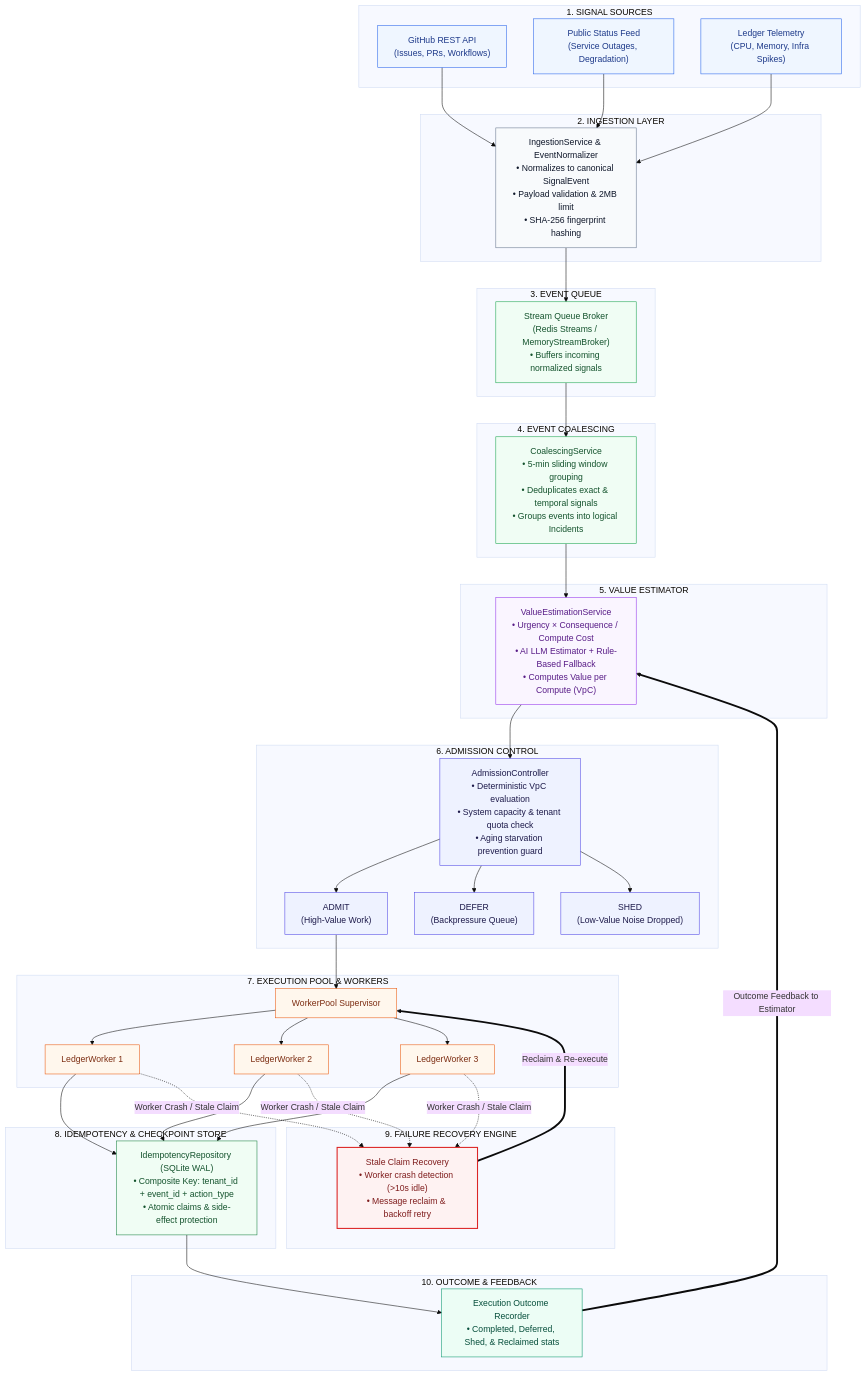
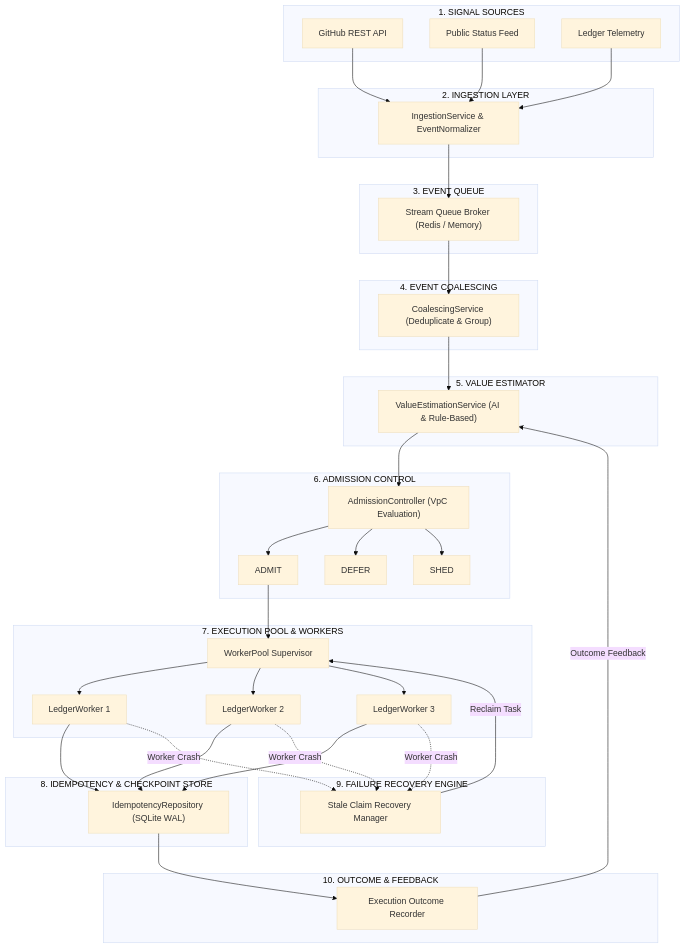
One commit to VivekGoudAdula/Ledger changed the diagram in README.md. Above: the diagram before and after it, drawn with Mermaid (base theme).

Commit message:
fix Mermaid diagram syntax for GitHub rendering

````diff
--- a/README.md
+++ b/README.md
@@ -124,58 +124,57 @@
 ```mermaid
 flowchart TD
-    subgraph SOURCES ["1. SIGNAL SOURCES"]
-        S1["GitHub REST API<br/>(Issues, PRs, Workflows)"]
-        S2["Public Status Feed<br/>(Service Outages, Degradation)"]
-        S3["Ledger Telemetry<br/>(CPU, Memory, Infra Spikes)"]
+    subgraph SOURCES["1. SIGNAL SOURCES"]
+        S1["GitHub REST API"]
+        S2["Public Status Feed"]
+        S3["Ledger Telemetry"]
     end
 
-    subgraph INGESTION ["2. INGESTION LAYER"]
-        ING["IngestionService & EventNormalizer<br/>• Normalizes to canonical SignalEvent<br/>• Payload validation & 2MB limit<br/>• SHA-256 fingerprint hashing"]
+    subgraph INGESTION["2. INGESTION LAYER"]
+        ING["IngestionService & EventNormalizer"]
     end
 
-    subgraph QUEUE ["3. EVENT QUEUE"]
-        EQ["Stream Queue Broker<br/>(Redis Streams / MemoryStreamBroker)<br/>• Buffers incoming normalized signals"]
+    subgraph QUEUE["3. EVENT QUEUE"]
+        EQ["Stream Queue Broker (Redis / Memory)"]
     end
 
-    subgraph COALESCING ["4. EVENT COALESCING"]
-        COAL["CoalescingService<br/>• 5-min sliding window grouping<br/>• Deduplicates exact & temporal signals<br/>• Groups events into logical Incidents"]
+    subgraph COALESCING["4. EVENT COALESCING"]
+        COAL["CoalescingService (Deduplicate & Group)"]
     end
 
-    subgraph VALUATION ["5. VALUE ESTIMATOR"]
-        VE["ValueEstimationService<br/>• Urgency × Consequence / Compute Cost<br/>• AI LLM Estimator + Rule-Based Fallback<br/>• Computes Value per Compute (VpC)"]
+    subgraph VALUATION["5. VALUE ESTIMATOR"]
+        VE["ValueEstimationService (AI & Rule-Based)"]
     end
 
-    subgraph ADMISSION ["6. ADMISSION CONTROL"]
-        AC["AdmissionController<br/>• Deterministic VpC evaluation<br/>• System capacity & tenant quota check<br/>• Aging starvation prevention guard"]
-        ADMIT_PATH["ADMIT<br/>(High-Value Work)"]
-        DEFER_PATH["DEFER<br/>(Backpressure Queue)"]
-        SHED_PATH["SHED<br/>(Low-Value Noise Dropped)"]
+    subgraph ADMISSION["6. ADMISSION CONTROL"]
+        AC["AdmissionController (VpC Evaluation)"]
+        ADMIT_PATH["ADMIT"]
+        DEFER_PATH["DEFER"]
+        SHED_PATH["SHED"]
     end
 
-    subgraph EXECUTION ["7. EXECUTION POOL & WORKERS"]
+    subgraph EXECUTION["7. EXECUTION POOL & WORKERS"]
         SUP["WorkerPool Supervisor"]
         W1["LedgerWorker 1"]
         W2["LedgerWorker 2"]
         W3["LedgerWorker 3"]
     end
 
-    subgraph IDEMPOTENCY ["8. IDEMPOTENCY & CHECKPOINT STORE"]
-        IDEM["IdempotencyRepository (SQLite WAL)<br/>• Composite Key: tenant_id + event_id + action_type<br/>• Atomic claims & side-effect protection"]
+    subgraph IDEMPOTENCY["8. IDEMPOTENCY & CHECKPOINT STORE"]
+        IDEM["IdempotencyRepository (SQLite WAL)"]
     end
 
-    subgraph RECOVERY ["9. FAILURE RECOVERY ENGINE"]
-        REC["Stale Claim Recovery<br/>• Worker crash detection (>10s idle)<br/>• Message reclaim & backoff retry"]
+    subgraph RECOVERY["9. FAILURE RECOVERY ENGINE"]
+        REC["Stale Claim Recovery Manager"]
     end
 
-    subgraph OUTCOME ["10. OUTCOME & FEEDBACK"]
-        OUT["Execution Outcome Recorder<br/>• Completed, Deferred, Shed, & Reclaimed stats"]
+    subgraph OUTCOME["10. OUTCOME & FEEDBACK"]
+        OUT["Execution Outcome Recorder"]
     end
 
-    %% Top-to-Bottom Flow
     S1 --> ING
     S2 --> ING
     S3 --> ING
-    
+
     ING --> EQ
     EQ --> COAL
     COAL --> VE
@@ -196,33 +195,10 @@
 
     IDEM --> OUT
 
-    %% Recovery Loop (Red/Orange)
-    W1 -.->|Worker Crash / Stale Claim| REC
-    W2 -.->|Worker Crash / Stale Claim| REC
-    W3 -.->|Worker Crash / Stale Claim| REC
-    REC ==>|Reclaim & Re-execute| SUP
+    W1 -.->|Worker Crash| REC
+    W2 -.->|Worker Crash| REC
+    W3 -.->|Worker Crash| REC
+    REC -->|Reclaim Task| SUP
 
-    %% Feedback Loop (Green)
-    OUT ==>|Outcome Feedback to Estimator| VE
-
-    %% Styling
-    classDef sourceStyle fill:#eff6ff,stroke:#2563eb,stroke-width:1px,color:#1e3a8a;
-    classDef ingestStyle fill:#f8fafc,stroke:#64748b,stroke-width:1px,color:#0f172a;
-    classDef queueStyle fill:#f0fdf4,stroke:#16a34a,stroke-width:1px,color:#14532d;
-    classDef valStyle fill:#faf5ff,stroke:#9333ea,stroke-width:1px,color:#581c87;
-    classDef admStyle fill:#eef2ff,stroke:#4f46e5,stroke-width:1px,color:#1e1b4b;
-    classDef execStyle fill:#fff7ed,stroke:#ea580c,stroke-width:1px,color:#7c2d12;
-    classDef idemStyle fill:#f0fdf4,stroke:#15803d,stroke-width:1px,color:#14532d;
-    classDef recStyle fill:#fef2f2,stroke:#dc2626,stroke-width:2px,color:#7f1d1d;
-    classDef outStyle fill:#ecfdf5,stroke:#059669,stroke-width:1px,color:#064e3b;
-
-    class S1,S2,S3 sourceStyle;
-    class ING ingestStyle;
-    class EQ,COAL queueStyle;
-    class VE valStyle;
-    class AC,ADMIT_PATH,DEFER_PATH,SHED_PATH admStyle;
-    class SUP,W1,W2,W3 execStyle;
-    class IDEM idemStyle;
-    class REC recStyle;
-    class OUT outStyle;
+    OUT -->|Outcome Feedback| VE
 ```
````
